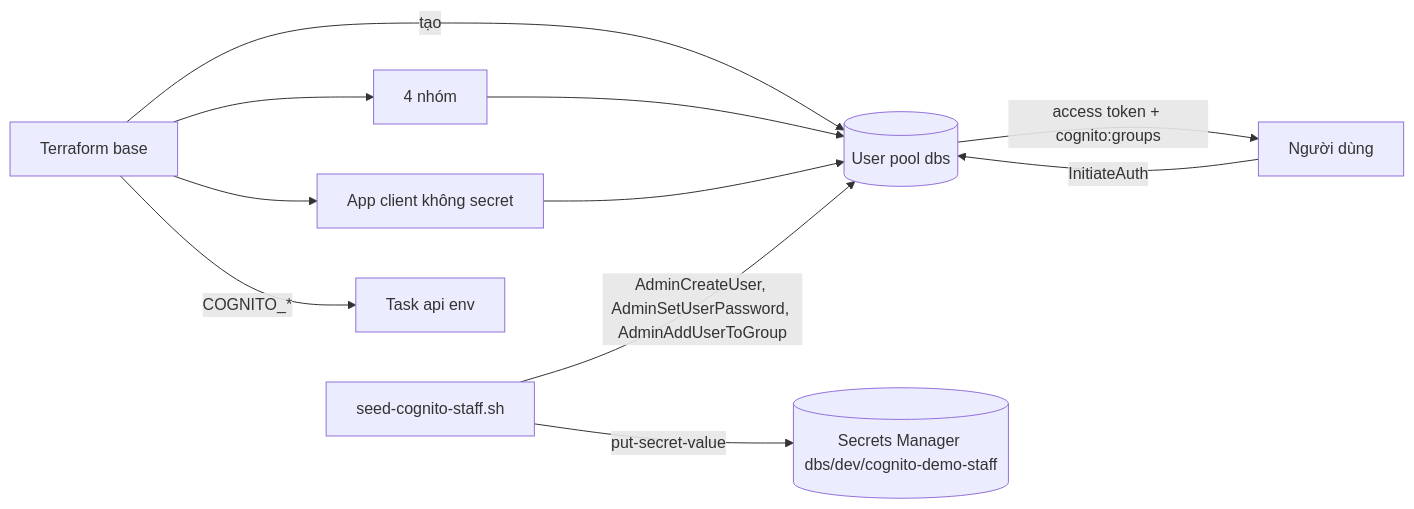
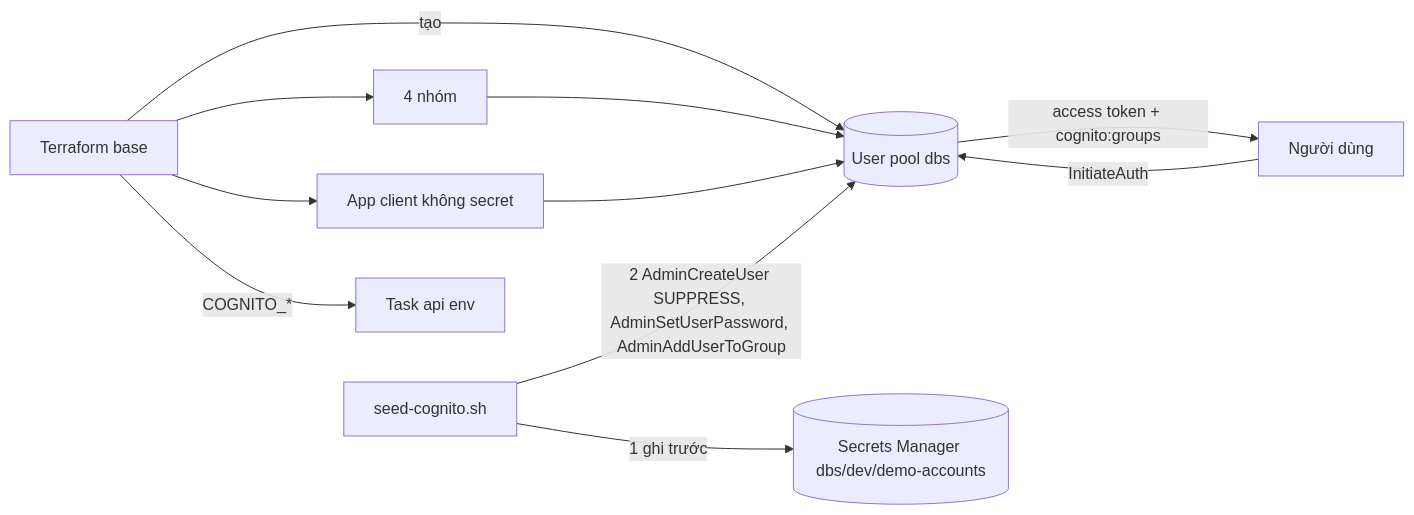
One commit to Lawliet119/digital-banking-simulator changed the diagram in docs/features/DBS-54-terraform-cognito.md. Above: the diagram before and after it, drawn with Mermaid. The commit also changed other lines of this file and 1 other file, not shown here.

Commit message:
docs(features): DBS-54 design revised after domain review

````diff
--- a/docs/features/DBS-54-terraform-cognito.md
+++ b/docs/features/DBS-54-terraform-cognito.md
@@ -60,10 +64,10 @@
 ```mermaid
 flowchart LR
   TF[Terraform base] -->|tạo| P[(User pool dbs)]
   TF --> G[4 nhóm] --> P
   TF --> C[App client không secret] --> P
-  S[seed-cognito-staff.sh] -->|AdminCreateUser, AdminSetUserPassword, AdminAddUserToGroup| P
-  S -->|put-secret-value| SM[(Secrets Manager dbs/dev/cognito-demo-staff)]
+  S[seed-cognito.sh] -->|1 ghi trước| SM[(Secrets Manager dbs/dev/demo-accounts)]
+  S -->|2 AdminCreateUser SUPPRESS, AdminSetUserPassword, AdminAddUserToGroup| P
   U[Người dùng] -->|InitiateAuth| P -->|access token + cognito:groups| U
   TF -->|COGNITO_*| ECS[Task api env]
 ```
````
